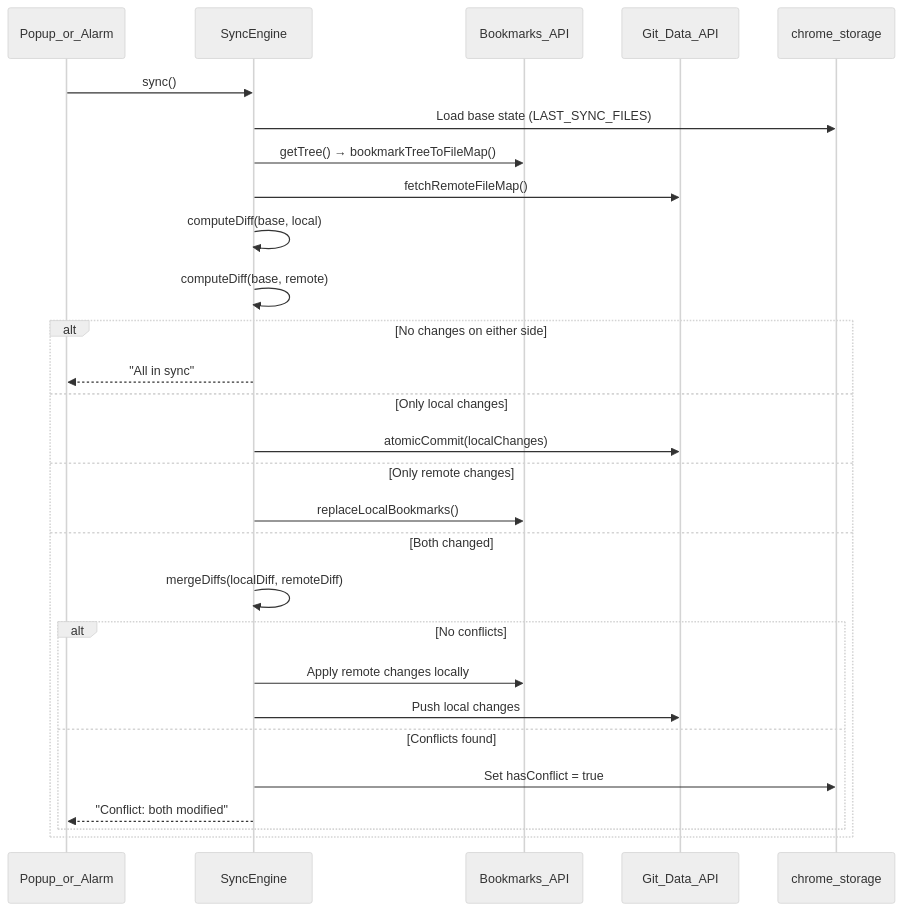
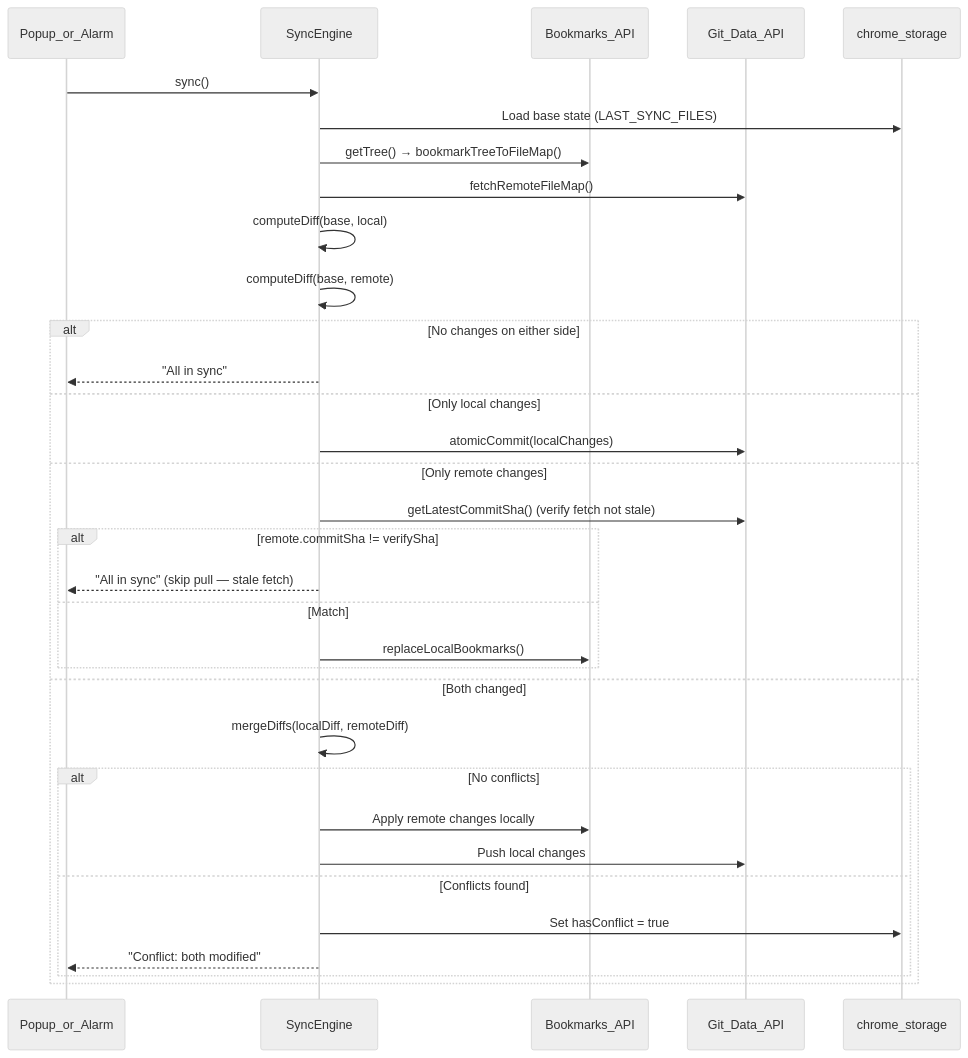
Before and after one commit to d0dg3r/GitSyncMarks: the fourth of 4 diagrams in docs/SYNC-LOGIC.md, drawn with Mermaid (neutral theme). The commit also changed other lines of this file and 8 other files, not shown here.

````diff
--- a/docs/SYNC-LOGIC.md
+++ b/docs/SYNC-LOGIC.md
@@ -80,33 +80,38 @@
 ```mermaid
 sequenceDiagram
     participant UI as Popup_or_Alarm
     participant SE as SyncEngine
     participant BM as Bookmarks_API
     participant GH as Git_Data_API
     participant Storage as chrome_storage
 
     UI->>SE: sync()
     SE->>Storage: Load base state (LAST_SYNC_FILES)
     SE->>BM: getTree() → bookmarkTreeToFileMap()
     SE->>GH: fetchRemoteFileMap()
 
     SE->>SE: computeDiff(base, local)
     SE->>SE: computeDiff(base, remote)
 
     alt No changes on either side
         SE-->>UI: "All in sync"
     else Only local changes
         SE->>GH: atomicCommit(localChanges)
     else Only remote changes
-        SE->>BM: replaceLocalBookmarks()
+        SE->>GH: getLatestCommitSha() (verify fetch not stale)
+        alt remote.commitSha != verifySha
+            SE-->>UI: "All in sync" (skip pull — stale fetch)
+        else Match
+            SE->>BM: replaceLocalBookmarks()
+        end
     else Both changed
         SE->>SE: mergeDiffs(localDiff, remoteDiff)
         alt No conflicts
             SE->>BM: Apply remote changes locally
             SE->>GH: Push local changes
         else Conflicts found
             SE->>Storage: Set hasConflict = true
             SE-->>UI: "Conflict: both modified"
         end
     end
 ```
````
